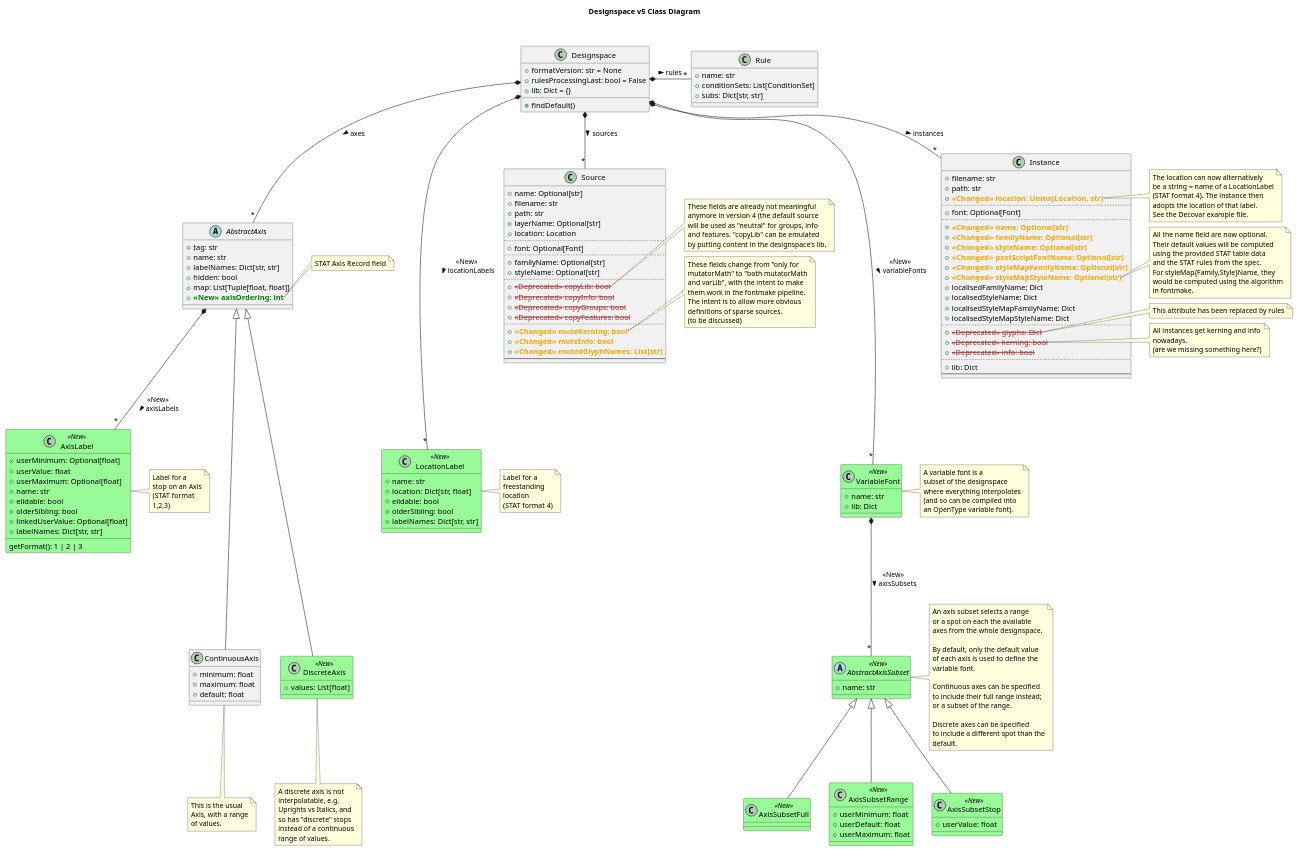
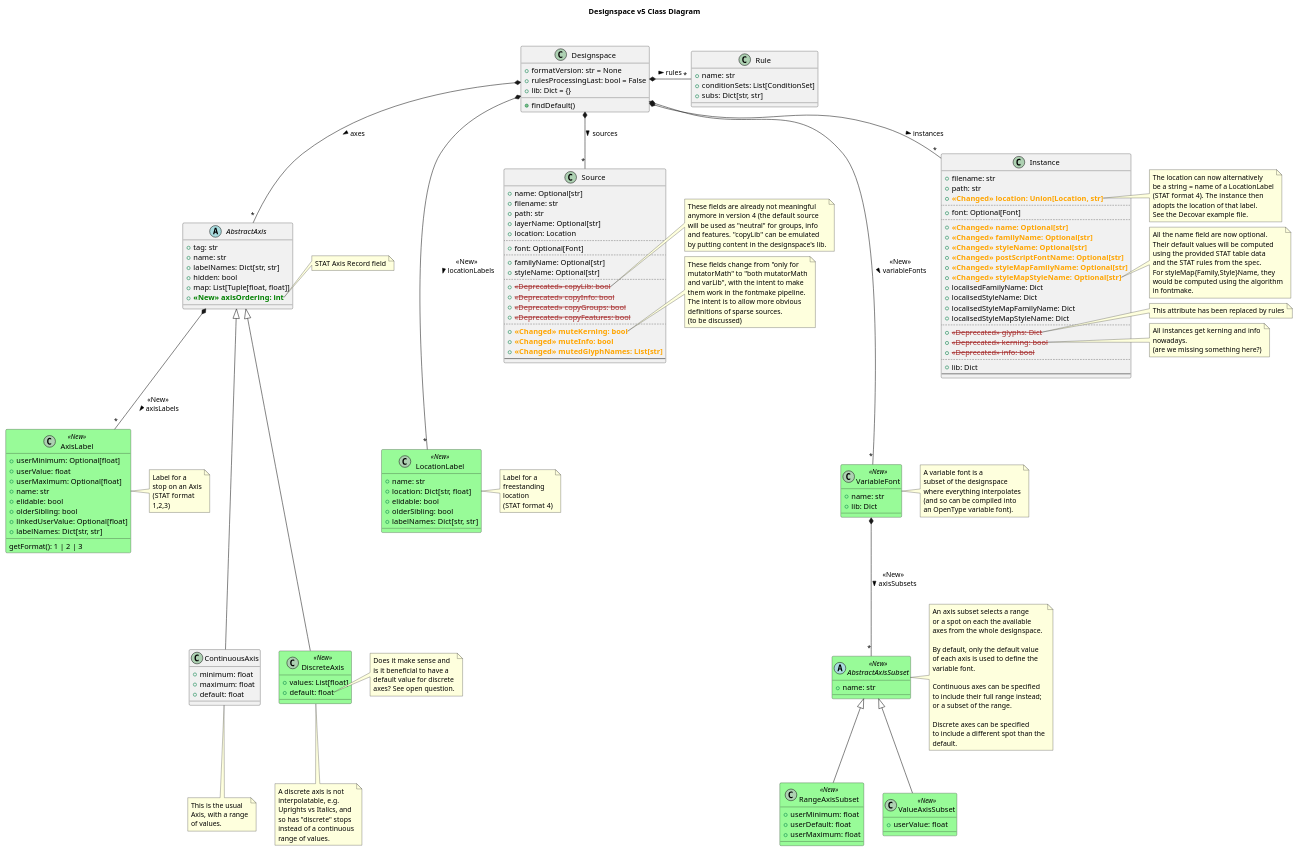
The diagram in Doc/source/designspaceLib/diagrams.puml (daltonmaag/fonttools), drawn with PlantUML before and after one commit. The commit also changed 7 other files, not shown here.

```diff
--- a/Doc/source/designspaceLib/diagrams.puml
+++ b/Doc/source/designspaceLib/diagrams.puml
@@ -48,6 +48,7 @@
 
 class DiscreteAxis <<New>> {
 + values: List[float]
++ default: float
 }
 AbstractAxis <|--- DiscreteAxis
 note bottom of DiscreteAxis
@@ -58,6 +59,14 @@
 instead of a continuous
 range of values.
 end note
+note right of DiscreteAxis::default
+Does it make sense and
+is it beneficial to have a
+default value for discrete
+axes? See open question.
+end note
+
+ContinuousAxis .[hidden] DiscreteAxis
 
 class AxisLabel <<New>> {
 + userMinimum: Optional[float]
@@ -143,7 +152,7 @@
 
 class VariableFont <<New>> {
 + name: str
-' + axisSelection: List[AbstractAxisSubset]
+' + axisSubsets: List[AbstractAxisSubset]
 + lib: Dict
 }
 Designspace *--- "*" VariableFont: <<New>> \n variableFonts >
@@ -160,9 +169,6 @@
 }
 VariableFont *-- "*" AbstractAxisSubset: <<New>> \n axisSubsets >
 
-class AxisSubsetFull <<New>> {
-}
-AbstractAxisSubset <|-- AxisSubsetFull
 note right of AbstractAxisSubset
 An axis subset selects a range
 or a spot on each the available
@@ -181,17 +187,17 @@
 default.
 end note
 
-class AxisSubsetRange <<New>> {
+class RangeAxisSubset <<New>> {
 + userMinimum: float
 + userDefault: float
 + userMaximum: float
 }
-AbstractAxisSubset <|-- AxisSubsetRange
+AbstractAxisSubset <|-- RangeAxisSubset
 
-class AxisSubsetStop <<New>> {
+class ValueAxisSubset <<New>> {
 + userValue: float
 }
-AbstractAxisSubset <|-- AxisSubsetStop
+AbstractAxisSubset <|-- ValueAxisSubset
 
 class Instance {
 + filename: str
```
